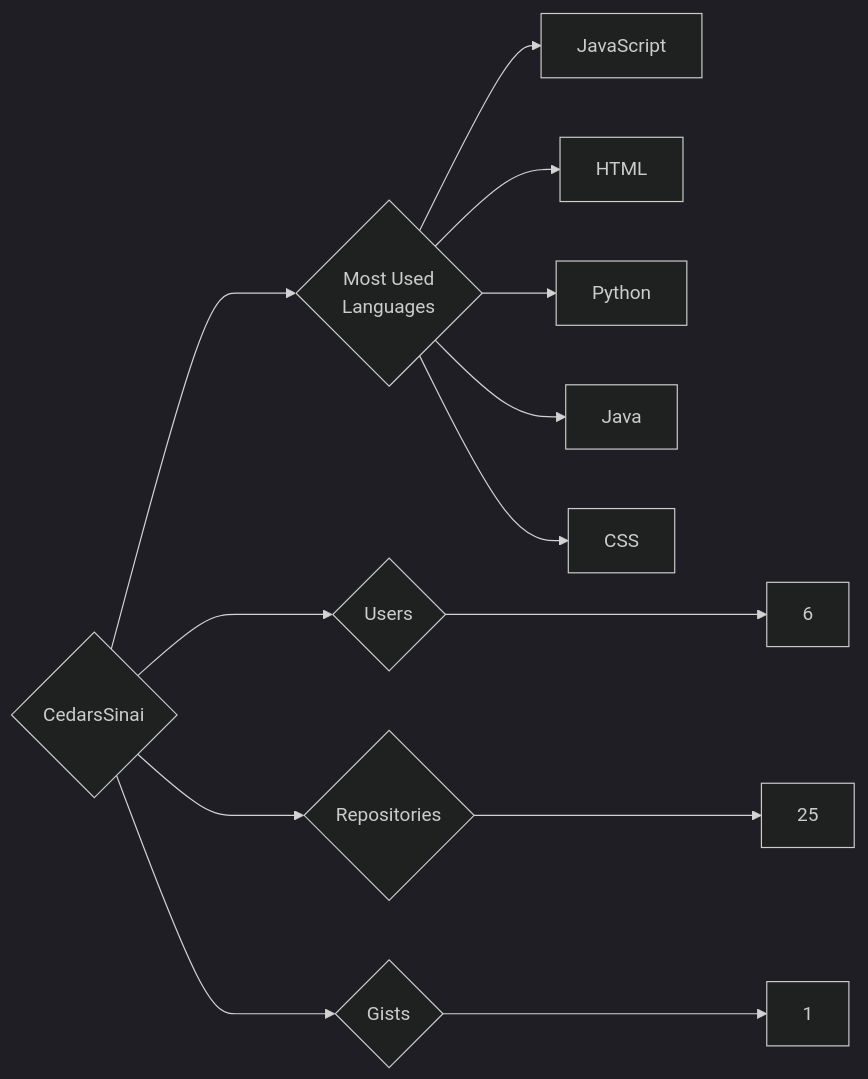
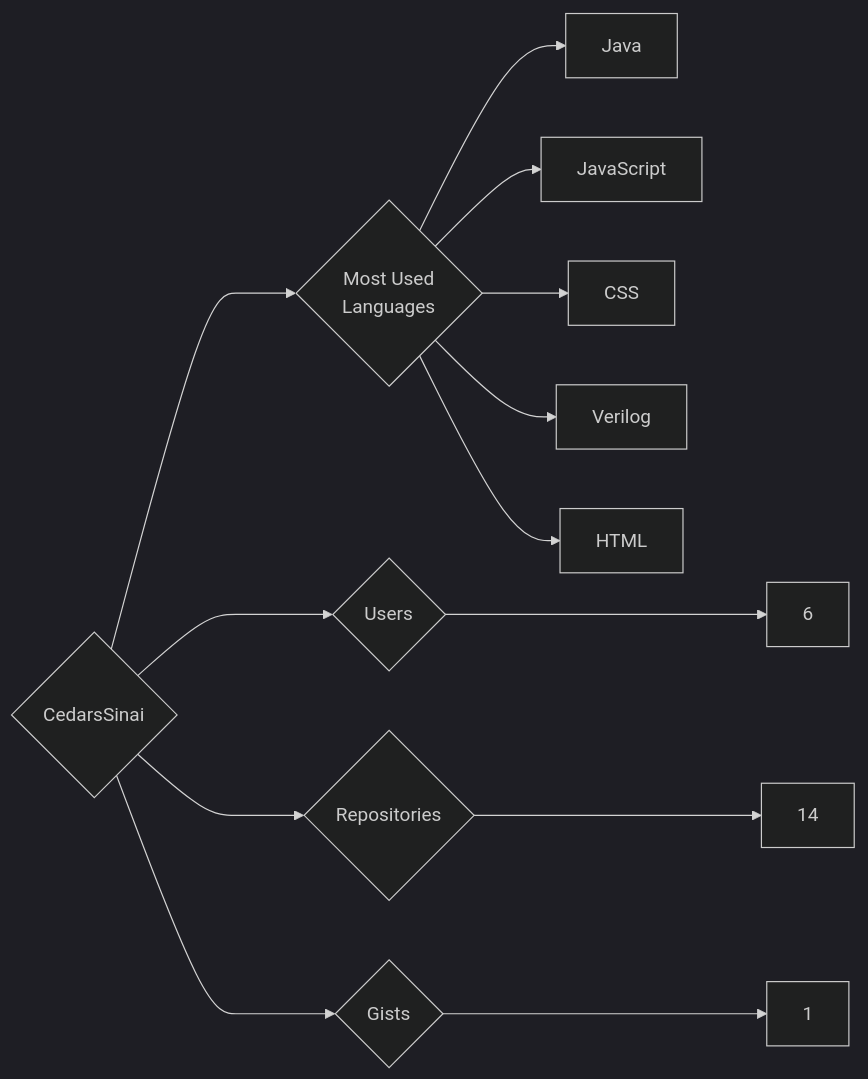
Before and after one commit to trickest/insiders: the diagram in targets/CedarsSinai/README.md, drawn with Mermaid (dark theme). The commit also changed 1120 other files, not shown here.

````diff
--- a/targets/CedarsSinai/README.md
+++ b/targets/CedarsSinai/README.md
@@ -3,13 +3,13 @@
 ```mermaid
 graph LR
 COMPANY_NAME{CedarsSinai}
 COMPANY_NAME ---> U{Users} ---> UN[6]
-COMPANY_NAME ---> R{Repositories} ---> RN[25]
+COMPANY_NAME ---> R{Repositories} ---> RN[14]
 COMPANY_NAME ---> G{Gists} ---> GN[1]
 COMPANY_NAME ---> ML{Most Used<br>Languages}
+ML --> Java[Java]
 ML --> JavaScript[JavaScript]
+ML --> CSS[CSS]
+ML --> Verilog[Verilog]
 ML --> HTML[HTML]
-ML --> Python[Python]
-ML --> Java[Java]
-ML --> CSS[CSS]
 ```
````
